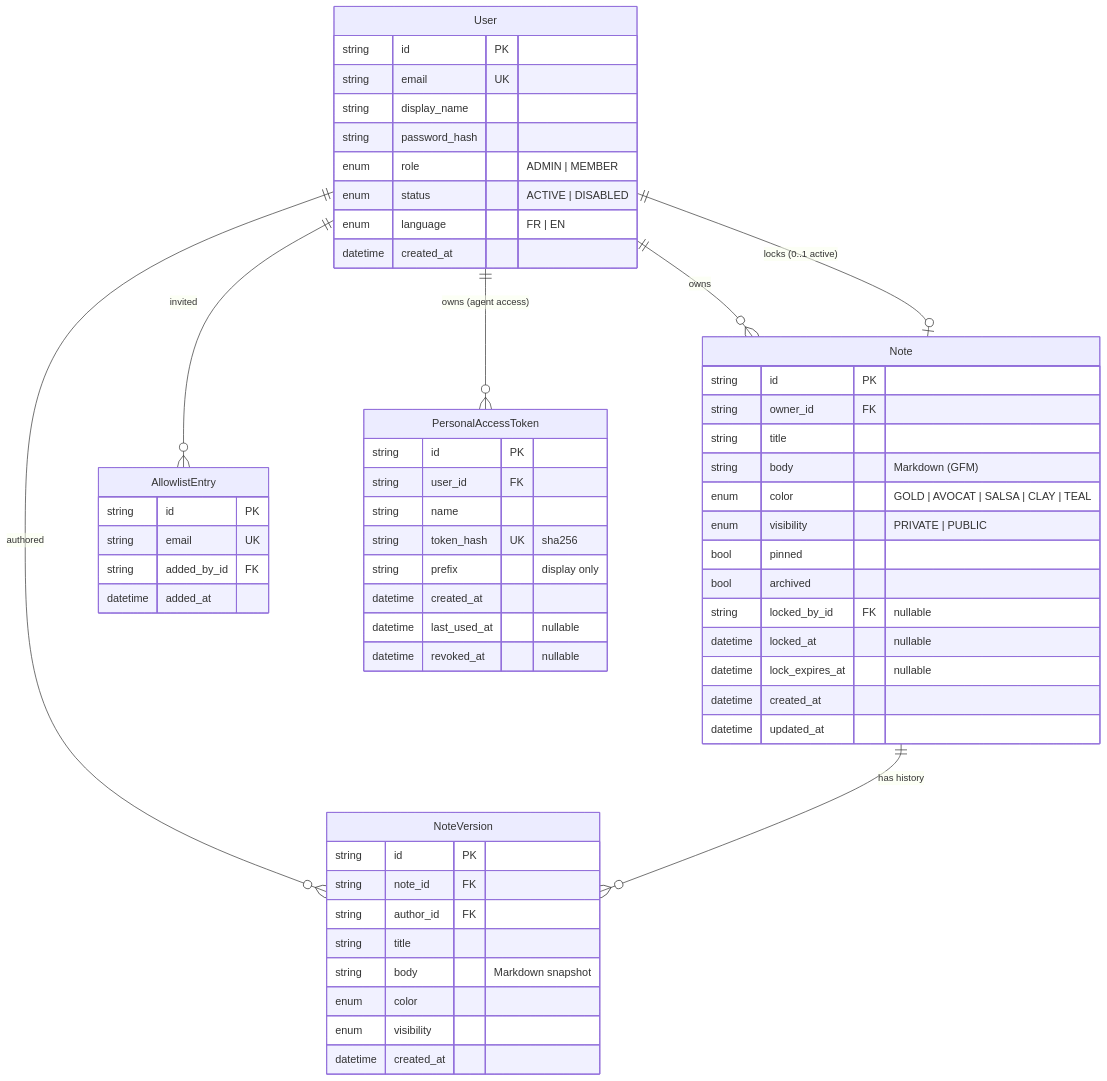
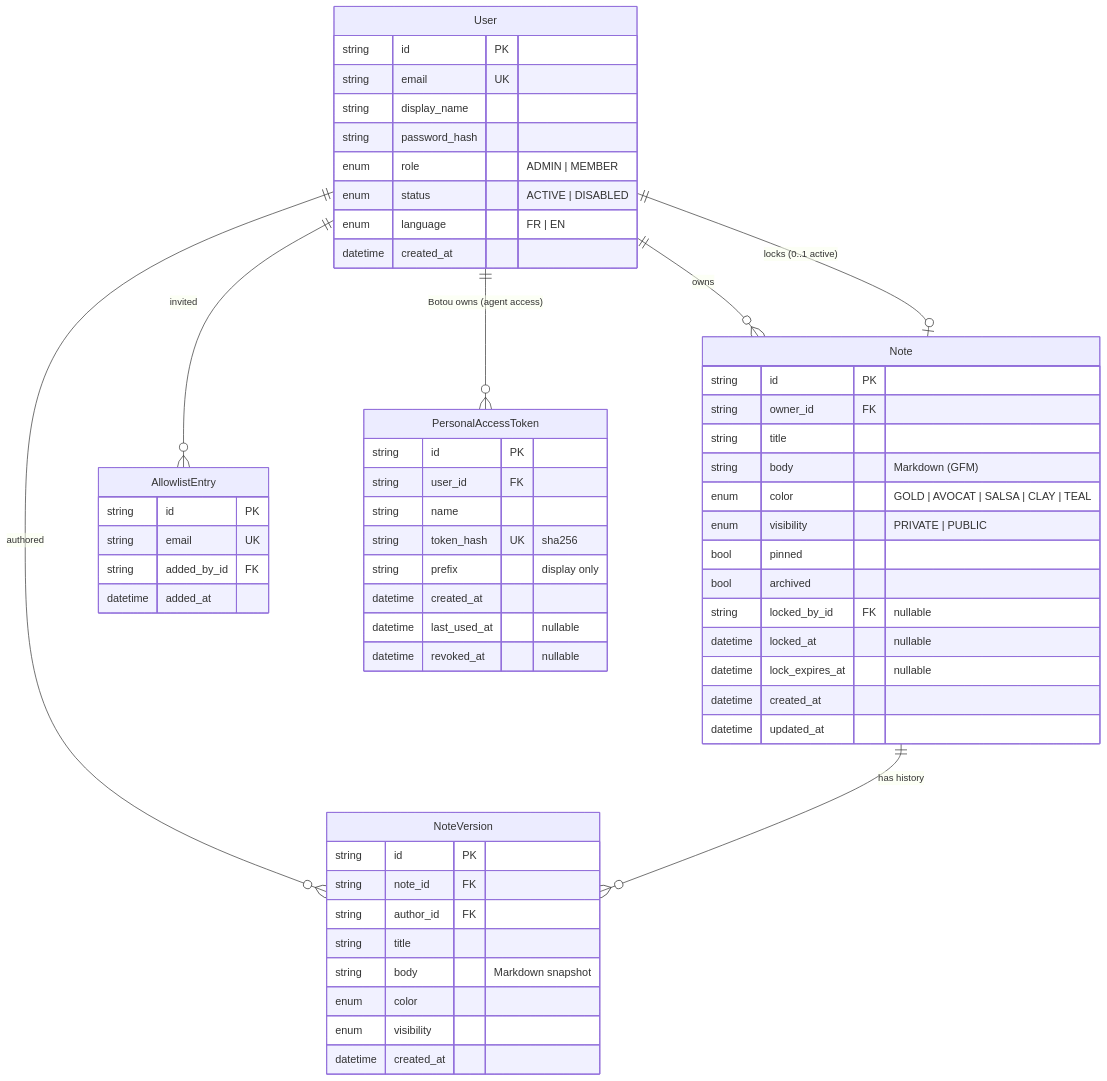
One commit to OuApps/Keepou changed the second of 4 diagrams in docs/ARCHITECTURE.md. Above: the diagram before and after it, drawn with Mermaid. The commit also changed other lines of this file and 21 other files, not shown here.

First line of the commit message:
feat(mcp): give the agent its own public-only identity « Botou », admin-managed

````diff
--- a/docs/ARCHITECTURE.md
+++ b/docs/ARCHITECTURE.md
@@ -62,61 +62,61 @@
 ```mermaid
 erDiagram
     User ||--o{ Note : owns
     User ||--o{ NoteVersion : authored
     User ||--o{ AllowlistEntry : invited
-    User ||--o{ PersonalAccessToken : "owns (agent access)"
+    User ||--o{ PersonalAccessToken : "Botou owns (agent access)"
     Note ||--o{ NoteVersion : "has history"
     User ||--o| Note : "locks (0..1 active)"
 
     User {
         string id PK
         string email UK
         string display_name
         string password_hash
         enum role "ADMIN | MEMBER"
         enum status "ACTIVE | DISABLED"
         enum language "FR | EN"
         datetime created_at
     }
     PersonalAccessToken {
         string id PK
         string user_id FK
         string name
         string token_hash UK "sha256"
         string prefix "display only"
         datetime created_at
         datetime last_used_at "nullable"
         datetime revoked_at "nullable"
     }
     AllowlistEntry {
         string id PK
         string email UK
         string added_by_id FK
         datetime added_at
     }
     Note {
         string id PK
         string owner_id FK
         string title
         string body "Markdown (GFM)"
         enum color "GOLD | AVOCAT | SALSA | CLAY | TEAL"
         enum visibility "PRIVATE | PUBLIC"
         bool pinned
         bool archived
         string locked_by_id FK "nullable"
         datetime locked_at "nullable"
         datetime lock_expires_at "nullable"
         datetime created_at
         datetime updated_at
     }
     NoteVersion {
         string id PK
         string note_id FK
         string author_id FK
         string title
         string body "Markdown snapshot"
         enum color
         enum visibility
         datetime created_at
     }
 ```
````
